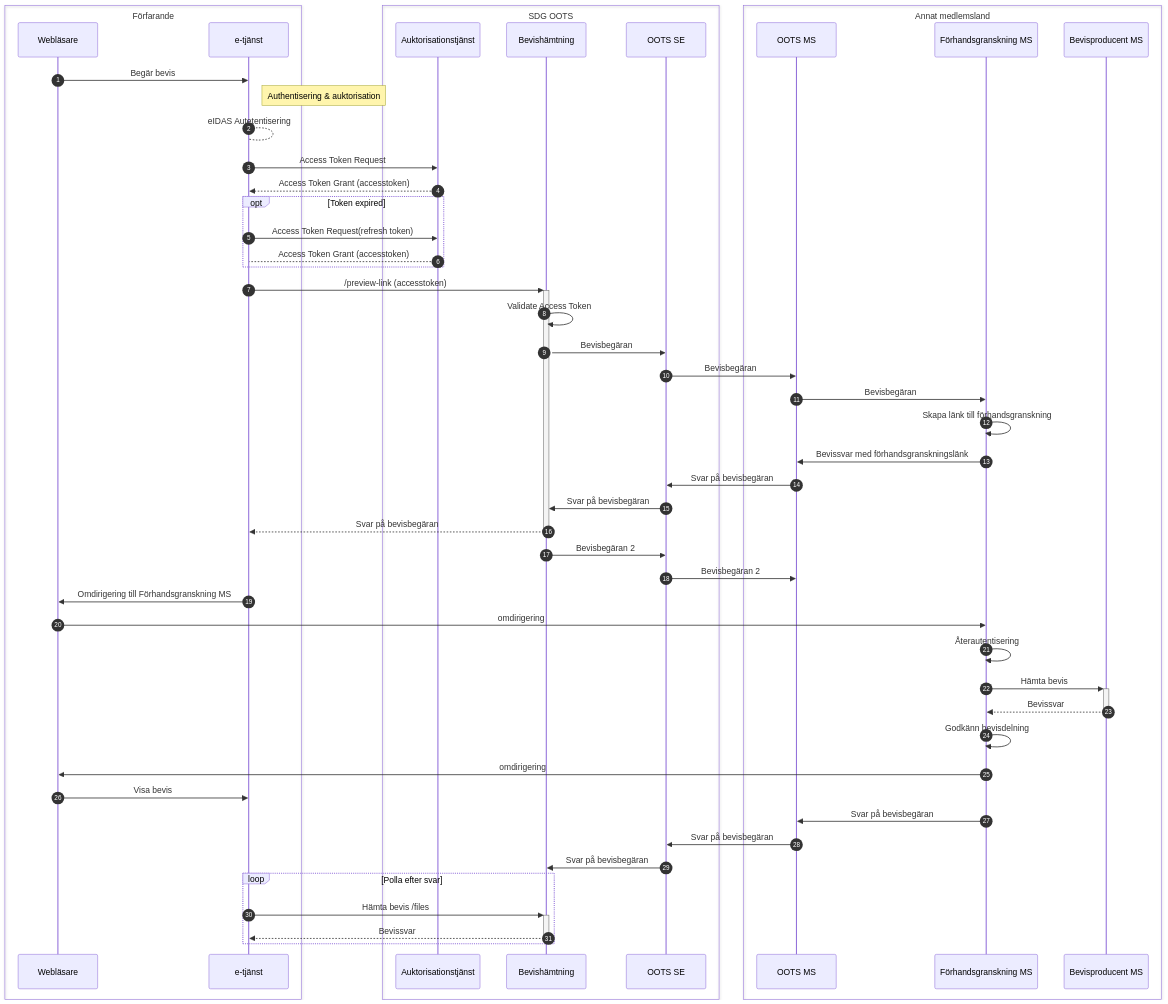
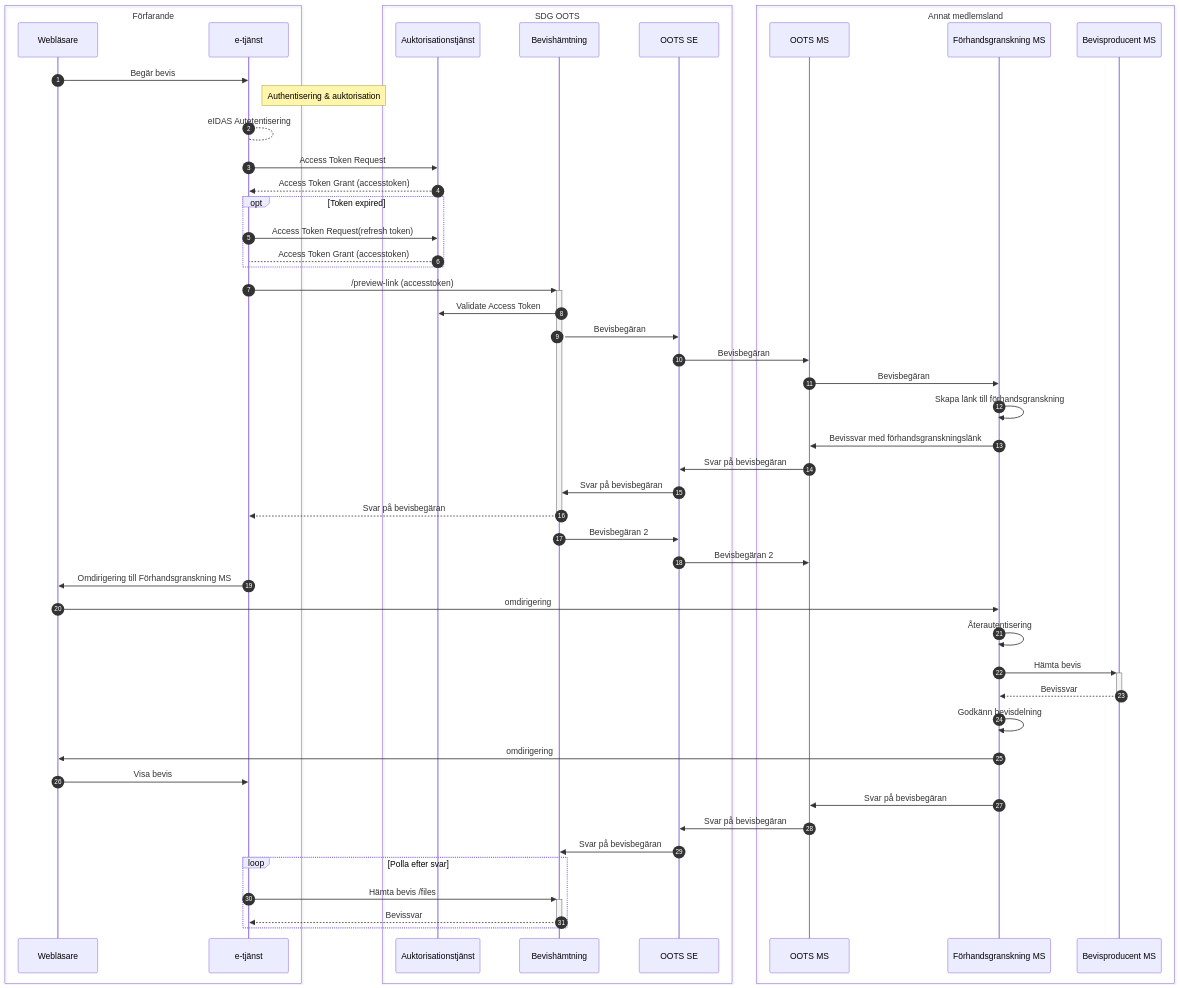
One commit to diggsweden/sdg-intermediation-eu changed the second of 2 diagrams in README.md. Above: the diagram before and after it, drawn with Mermaid. The commit also changed other lines of this file, not shown here.

````diff
--- a/README.md
+++ b/README.md
@@ -47,54 +48,54 @@
 ```mermaid
 sequenceDiagram
 autonumber
 box Förfarande
 participant W as Webläsare
 participant OF as e-tjänst
 end
 box SDG OOTS
 participant AT as Auktorisationstjänst
 participant BT as Bevishämtning 
 participant OTSE as OOTS SE
 end
 box Annat medlemsland
 participant OTMS as OOTS MS
 participant MSOF as Förhandsgranskning MS
 participant MSBP as Bevisproducent MS
 end
 W->>OF: Begär bevis
 Note right of OF: Authentisering & auktorisation
 OF-->OF: eIDAS Autetentisering
 OF->>AT: Access Token Request
 AT-->>OF: Access Token Grant (accesstoken)
 Opt Token expired
 OF->>AT: Access Token Request(refresh token)
 AT-->OF: Access Token Grant (accesstoken)
 end
 OF->>+BT: /preview-link (accesstoken)
-BT->>BT: Validate Access Token
+BT->>AT: Validate Access Token
 BT->>OTSE: Bevisbegäran
 OTSE->>OTMS: Bevisbegäran
 OTMS->>MSOF: Bevisbegäran
 MSOF->>MSOF: Skapa länk till förhandsgranskning
 MSOF->>OTMS: Bevissvar med förhandsgranskningslänk
 OTMS->>OTSE: Svar på bevisbegäran
 OTSE->>BT: Svar på bevisbegäran
 BT-->>-OF: Svar på bevisbegäran
 BT->>OTSE: Bevisbegäran 2
 OTSE->>OTMS: Bevisbegäran 2
 OF->>W: Omdirigering till Förhandsgranskning MS
 W->>MSOF: omdirigering
 MSOF->>MSOF: Återautentisering
 MSOF->>+MSBP: Hämta bevis
 MSBP-->>-MSOF: Bevissvar
 MSOF->>MSOF: Godkänn bevisdelning
 MSOF->>W: omdirigering
 W->>OF: Visa bevis
 MSOF->>OTMS: Svar på bevisbegäran
 OTMS->>OTSE: Svar på bevisbegäran
 OTSE->>BT: Svar på bevisbegäran
 loop Polla efter svar
 OF->>+BT: Hämta bevis /files
 BT-->>-OF: Bevissvar
 end
 ```
````
